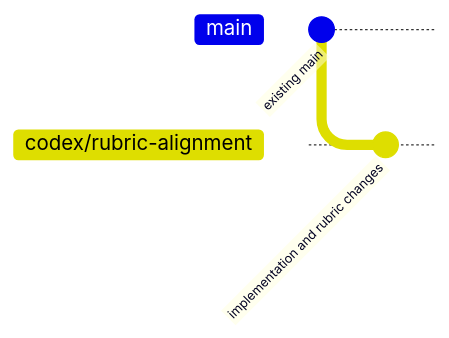
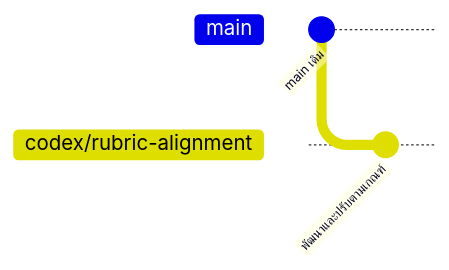
The diagram in docs/team-collaboration.md (Pootanapat/smart-campus-booking), drawn with Mermaid before and after one commit. The commit also changed 2 other files, not shown here.

Commit message:
docs(i18n): แปลป้ายอธิบายในแผนภาพเป็นภาษาไทย

````diff
--- a/docs/team-collaboration.md
+++ b/docs/team-collaboration.md
@@ -22,8 +22,8 @@
 ```mermaid
 gitGraph
-  commit id: "existing main"
+  commit id: "main เดิม"
   branch codex/rubric-alignment
   checkout codex/rubric-alignment
-  commit id: "implementation and rubric changes"
+  commit id: "พัฒนาและปรับตามเกณฑ์"
   checkout main
 ```
````
